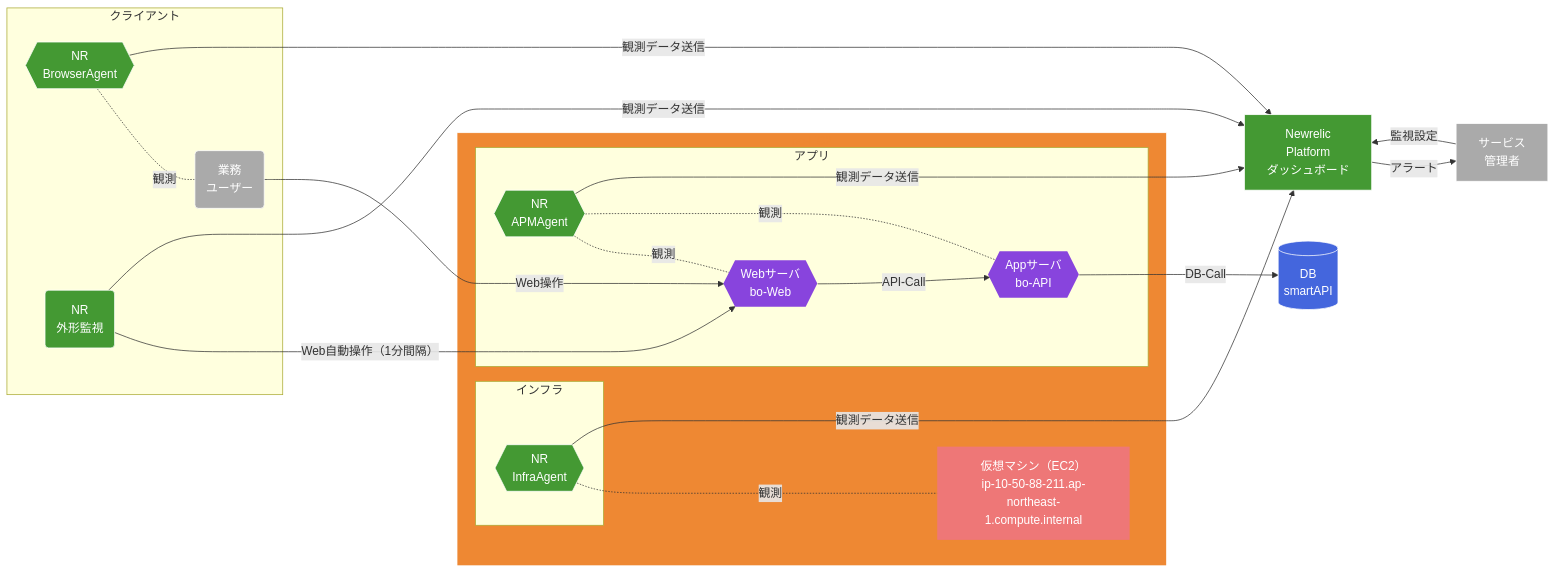
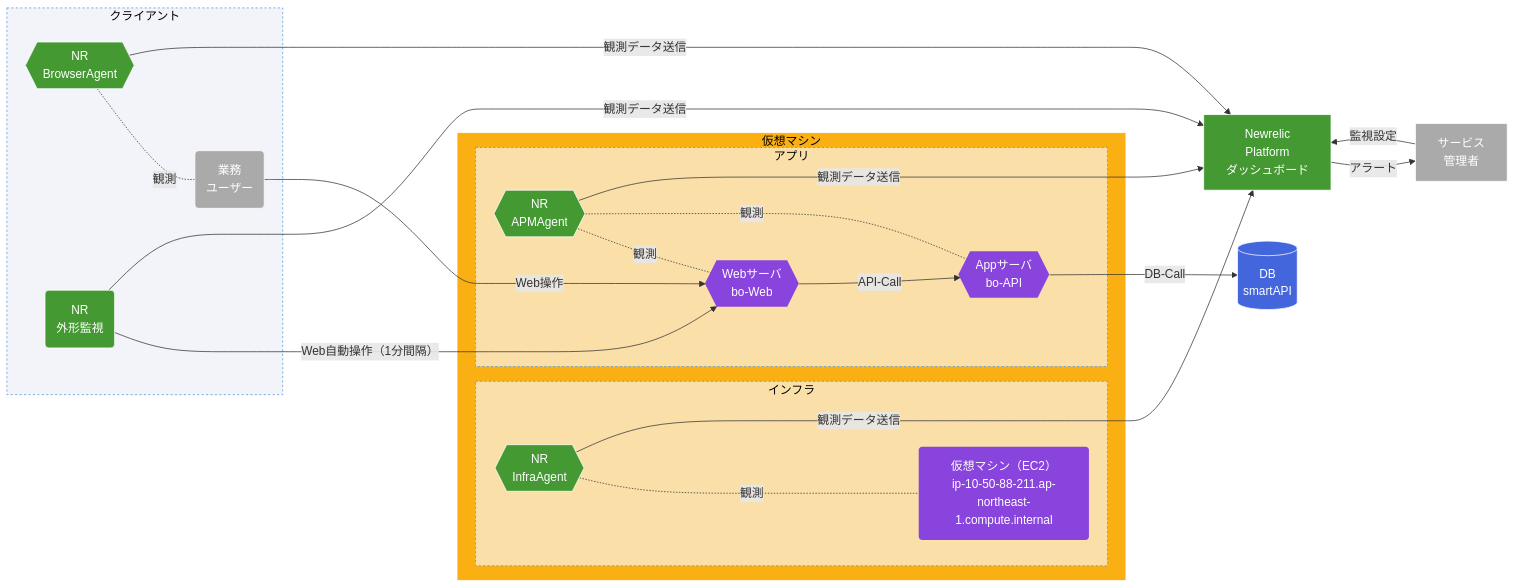
The diagram in SG_ODのNewrelic設計書/SGダッシュボード用図.md (shinkawa1209/md-labo), drawn with Mermaid before and after one commit.

Commit message:
style:色とレイアウトの調整

```diff
--- a/SG_ODのNewrelic設計書/SGダッシュボード用図.md
+++ b/SG_ODのNewrelic設計書/SGダッシュボード用図.md
@@ -10,13 +10,14 @@
 NR1(NR<br>外形監視)
 APP1{{Webサーバ<br>bo-Web}}
 APP2{{Appサーバ<br>bo-API}}
-CP1[仮想マシン（EC2）<br>ip-10-50-88-211.ap-northeast-1.compute.internal]
+CP1(仮想マシン（EC2）<br>ip-10-50-88-211.ap-northeast-1.compute.internal)
 DB1[(DB<br>smartAPI)]
 NR2{{NR<br>InfraAgent}}
 NR5{{NR<br>APMAgent}}
-subgraph bo-EC2[bo-EC2]
+subgraph bo-EC2[仮想マシン]
     subgraph Inf0[インフラ]
         NR2
+        CP1
     end
     subgraph APP0[アプリ]
         APP1
@@ -78,7 +79,7 @@
 
 %%Compute関連のスタイル（オレンジ）
 %% ( )で名前を括る
-classDef SCP fill:#e77,color:#fff,stroke:none
+classDef SCP fill:#84d,color:#fff,stroke:none
 class CP1,CP2,CP3 SCP
 
 %%DB関連のスタイル（青）
@@ -93,16 +94,31 @@
 
 %%---グループスタイルの設定---
 
+%%EC2のスタイル
+%%[ ]で名前を括る
+classDef EC2 fill:#FAAF12,color:#000,stroke:#fff
+class bo-EC2 EC2
+
+%%外部サイドのスタイル
+%% [ ]で名前を括る
+classDef outside fill:#F3F3FA,color:#000,stroke:#59d,stroke-dasharray:3
+class Client outside
+
+%%アプリサイドのスタイル
+%% [ ]で名前を括る
+classDef appside fill:#FADFA8,color:#000,stroke:#59d,stroke-dasharray:3
+class APP0 appside
+
+%%インフラサイドのスタイル
+%% [ ]で名前を括る
+classDef infside fill:#FADFA8,color:#000,stroke:#59d,stroke-dasharray:3
+class Inf0 infside
+
+
 %%Public subnetのスタイル
 %%[ ]で名前を括る
 classDef SGPuS fill:#efe,color:#092,stroke:none
 class GS SGPuS
-
-%%EC2のスタイル
-%%[ ]で名前を括る
-classDef EC2 fill:#e83,color:#e83,stroke:#fff
-class bo-EC2 EC2
-
 
 %%AWS Cloudのスタイル
 %% [ ]で名前を括る
```
